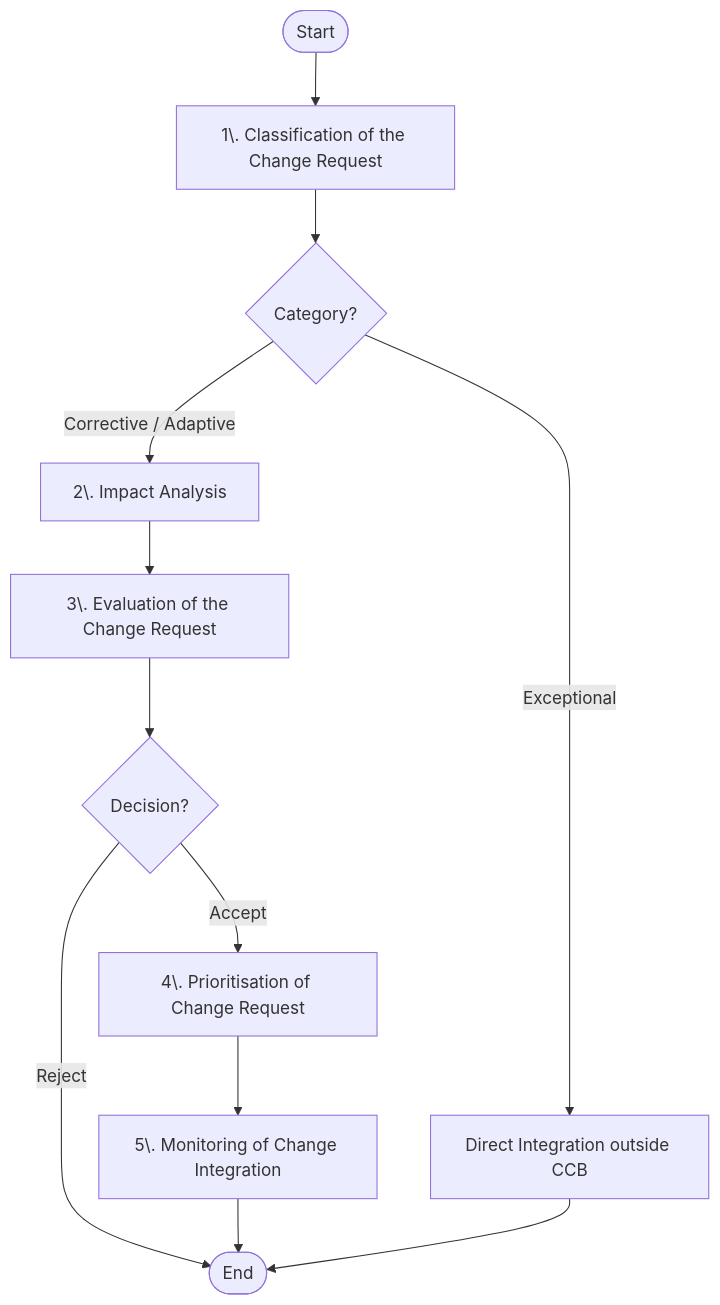
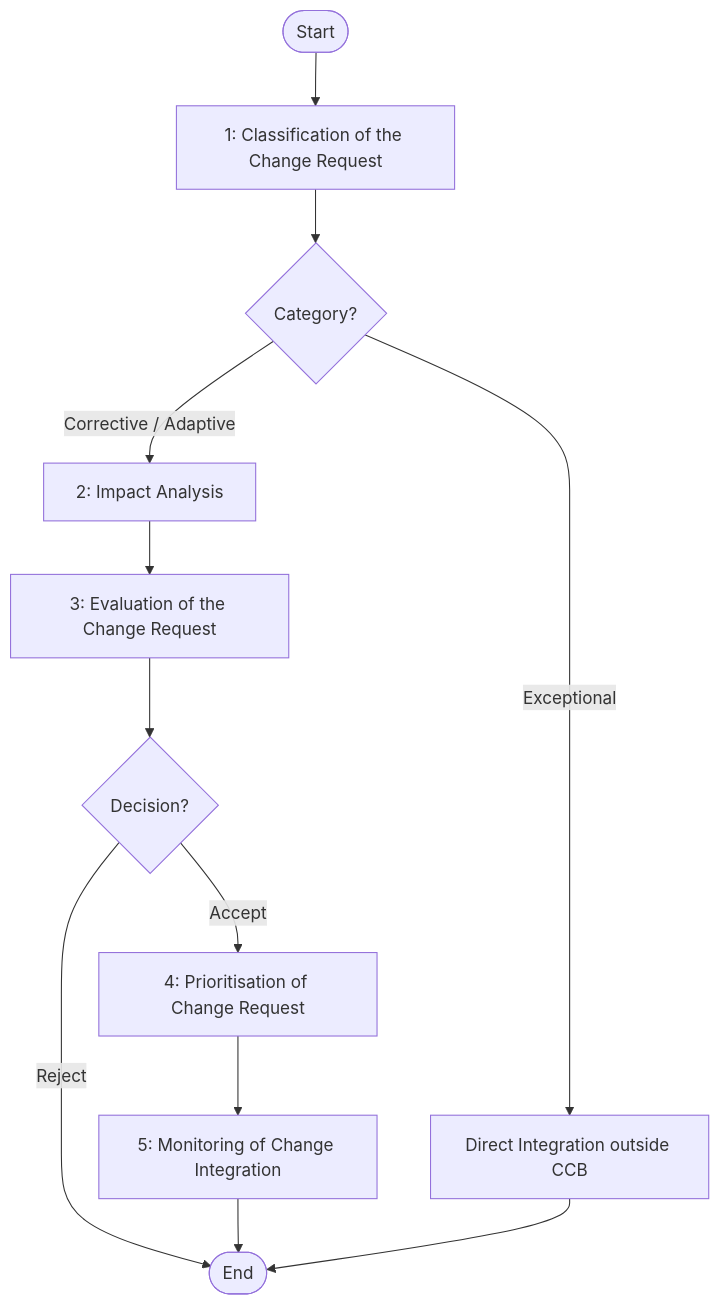
One commit to Fake1Doge/Obsidian-notes changed diagram 38 of 38 in Y1S2/CKS121 Software Requirements.md. Above: the diagram before and after it, drawn with Mermaid. The commit also changed other lines of this file, not shown here.

````diff
--- a/Y1S2/CKS121 Software Requirements.md
+++ b/Y1S2/CKS121 Software Requirements.md
@@ -2943,16 +2977,16 @@
 ```mermaid
 graph TD
-    Start([Start]) --> Step1["1\. Classification of the Change Request"]
+    Start([Start]) --> Step1["1: Classification of the Change Request"]
     Step1 --> Decision1{Category?}
-    Decision1 -->|Corrective / Adaptive| Step2["2\. Impact Analysis"]
-    Decision1 -->|Exceptional| Direct[Direct Integration outside CCB]
+    Decision1 -->|Corrective / Adaptive| Step2["2: Impact Analysis"]
+    Decision1 -->|Exceptional| Direct["Direct Integration outside CCB"]
     
-    Step2 --> Step3["3\. Evaluation of the Change Request"]
+    Step2 --> Step3["3: Evaluation of the Change Request"]
     Step3 --> Decision2{Decision?}
-    Decision2 -->|Accept| Step4["4\. Prioritisation of Change Request"]
+    Decision2 -->|Accept| Step4["4: Prioritisation of Change Request"]
     Decision2 -->|Reject| End([End])
     
-    Step4 --> Step5["5\. Monitoring of Change Integration"]
+    Step4 --> Step5["5: Monitoring of Change Integration"]
     Step5 --> End
     Direct --> End
 ```
````
